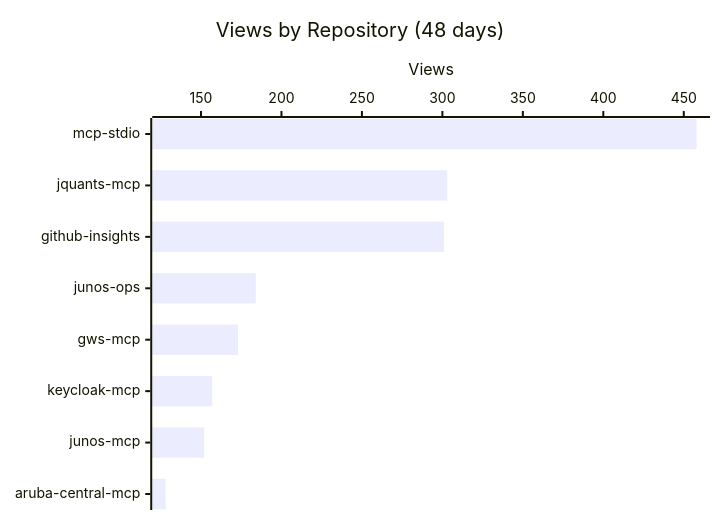
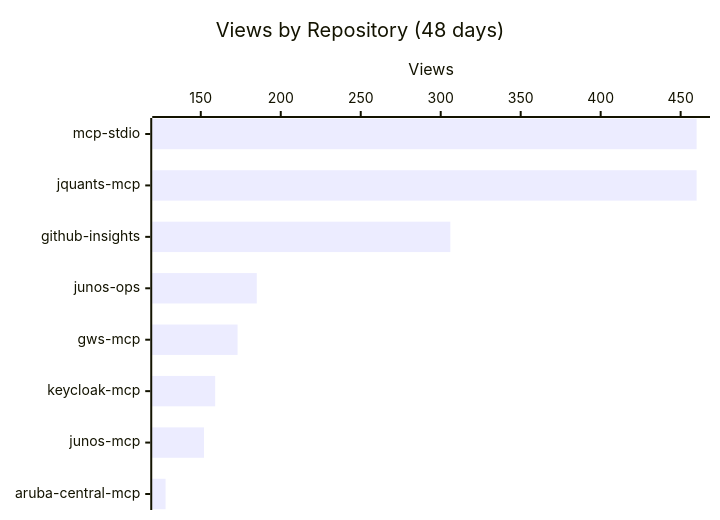
One commit to shigechika/github-insights changed the first of 3 diagrams in README.md. Above: the diagram before and after it, drawn with Mermaid. The commit also changed other lines of this file and 2 other files, not shown here.

````diff
--- a/README.md
+++ b/README.md
@@ -18,7 +18,7 @@
 ```mermaid
 xychart-beta horizontal
     title "Views by Repository (48 days)"
     x-axis ["mcp-stdio", "jquants-mcp", "github-insights", "junos-ops", "gws-mcp", "keycloak-mcp", "junos-mcp", "aruba-central-mcp"]
     y-axis "Views"
-    bar [458, 303, 301, 184, 173, 157, 152, 128]
+    bar [460, 460, 306, 185, 173, 159, 152, 128]
 ```
````
